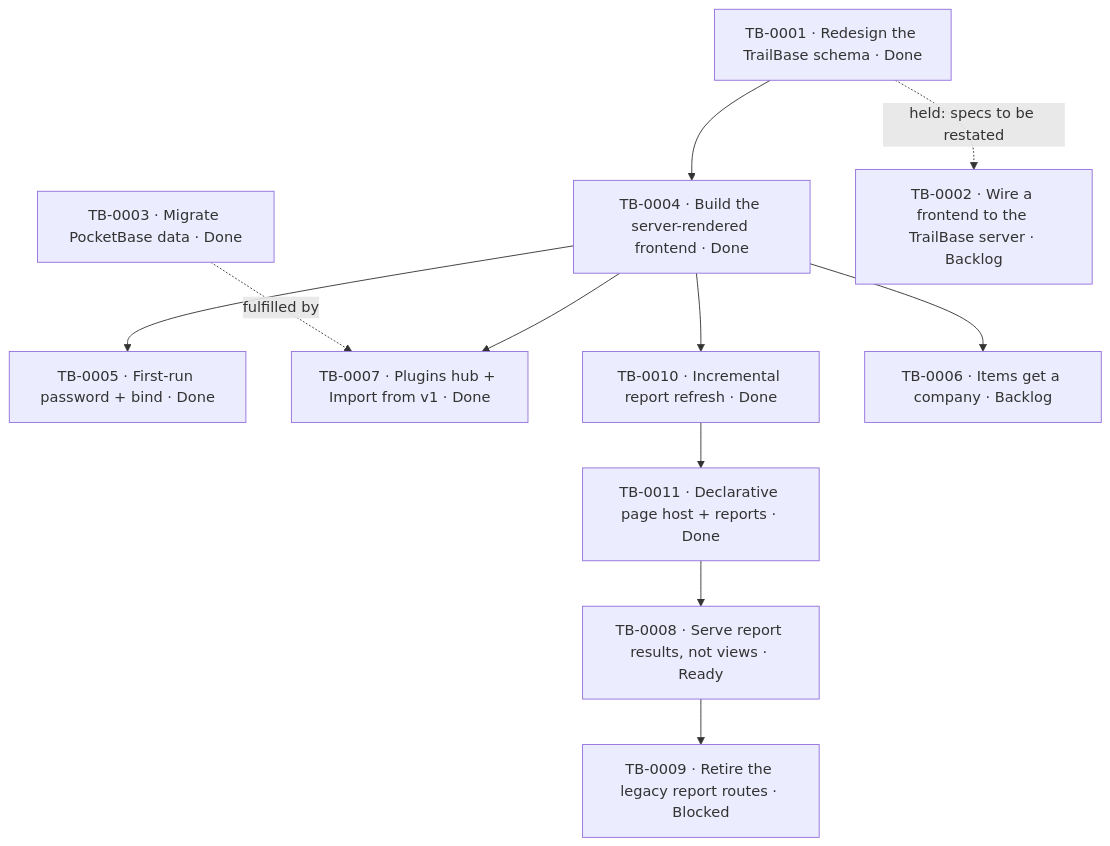
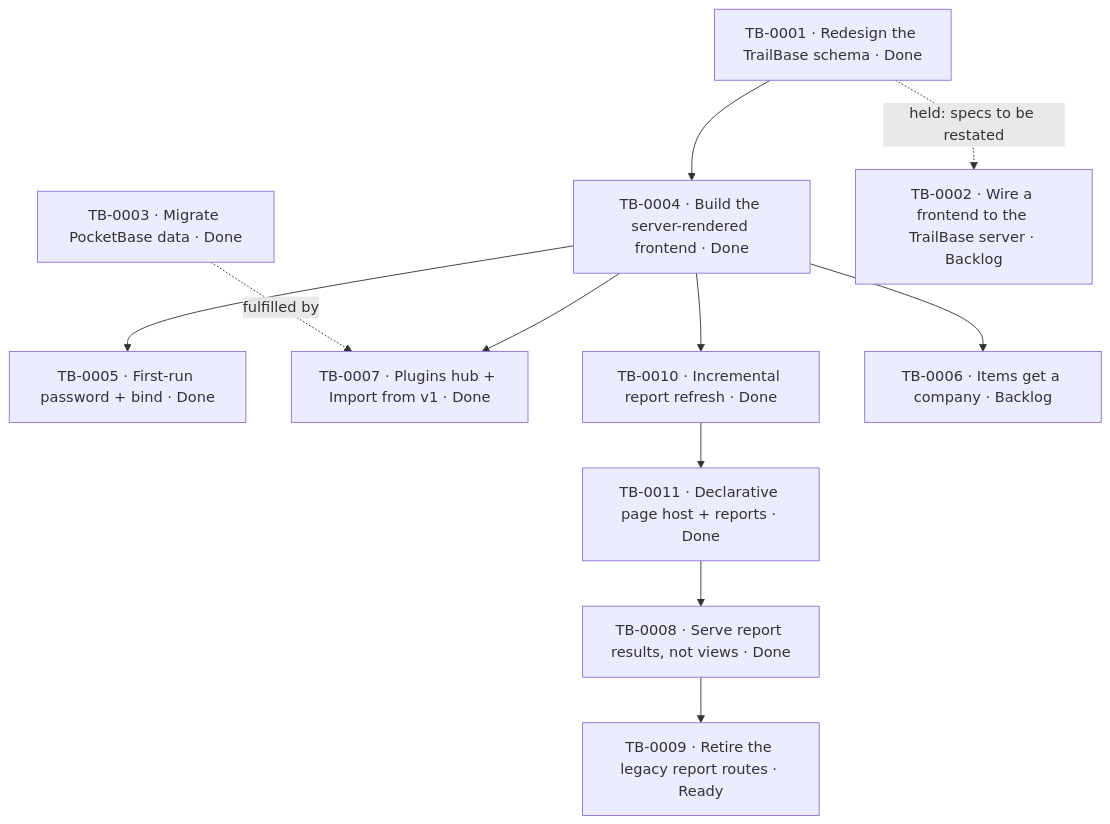
Before and after one commit to abdulhakam/aa_point_of_sale: the second of 2 diagrams in vault/projects/trailbase-backend.md, drawn with Mermaid. The commit also changed other lines of this file and 101 other files, not shown here.

````diff
--- a/vault/projects/trailbase-backend.md
+++ b/vault/projects/trailbase-backend.md
@@ -203,24 +222,24 @@
 ```mermaid
 flowchart TD
   T1["TB-0001 · Redesign the TrailBase schema · Done"]
   T4["TB-0004 · Build the server-rendered frontend · Done"]
   T5["TB-0005 · First-run password + bind · Done"]
   T3["TB-0003 · Migrate PocketBase data · Done"]
   T7["TB-0007 · Plugins hub + Import from v1 · Done"]
   T10["TB-0010 · Incremental report refresh · Done"]
   T11["TB-0011 · Declarative page host + reports · Done"]
-  T8["TB-0008 · Serve report results, not views · Ready"]
-  T9["TB-0009 · Retire the legacy report routes · Blocked"]
+  T8["TB-0008 · Serve report results, not views · Done"]
+  T9["TB-0009 · Retire the legacy report routes · Ready"]
   T6["TB-0006 · Items get a company · Backlog"]
   T2["TB-0002 · Wire a frontend to the TrailBase server · Backlog"]
   T1 --> T4
   T4 --> T5
   T4 --> T7
   T4 --> T10
   T10 --> T11
   T11 --> T8
   T8 --> T9
   T4 --> T6
   T3 -.->|"fulfilled by"| T7
   T1 -.->|"held: specs to be restated"| T2
 ```
````
